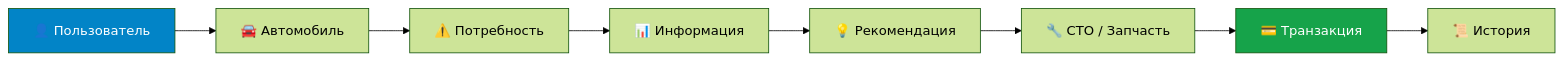
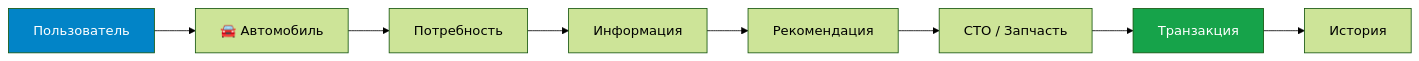
Before and after one commit to Yn1ro/pocket-garage: the second of 6 diagrams in docs/ru/requirements/business-requirements.md, drawn with Mermaid (forest theme). The commit also changed other lines of this file, not shown here.

````diff
--- a/docs/ru/requirements/business-requirements.md
+++ b/docs/ru/requirements/business-requirements.md
@@ -54,14 +54,14 @@
 ```mermaid
 graph LR
-    User[👤 Пользователь] --> Vehicle[🚘 Автомобиль]
-    Vehicle --> Need[⚠️ Потребность]
-    Need --> Info[📊 Информация]
-    Info --> Rec[💡 Рекомендация]
-    Rec --> Service[🔧 СТО / Запчасть]
-    Service --> Trans[💳 Транзакция]
-    Trans --> Hist[📜 История]
+    User[ Пользователь] --> Vehicle[🚘 Автомобиль]
+    Vehicle --> Need[ Потребность]
+    Need --> Info[ Информация]
+    Info --> Rec[ Рекомендация]
+    Rec --> Service[ СТО / Запчасть]
+    Service --> Trans[ Транзакция]
+    Trans --> Hist[ История]
 
     style User fill:#0284c7,color:#fff
     style Trans fill:#16a34a,color:#fff
 
 ```
````
